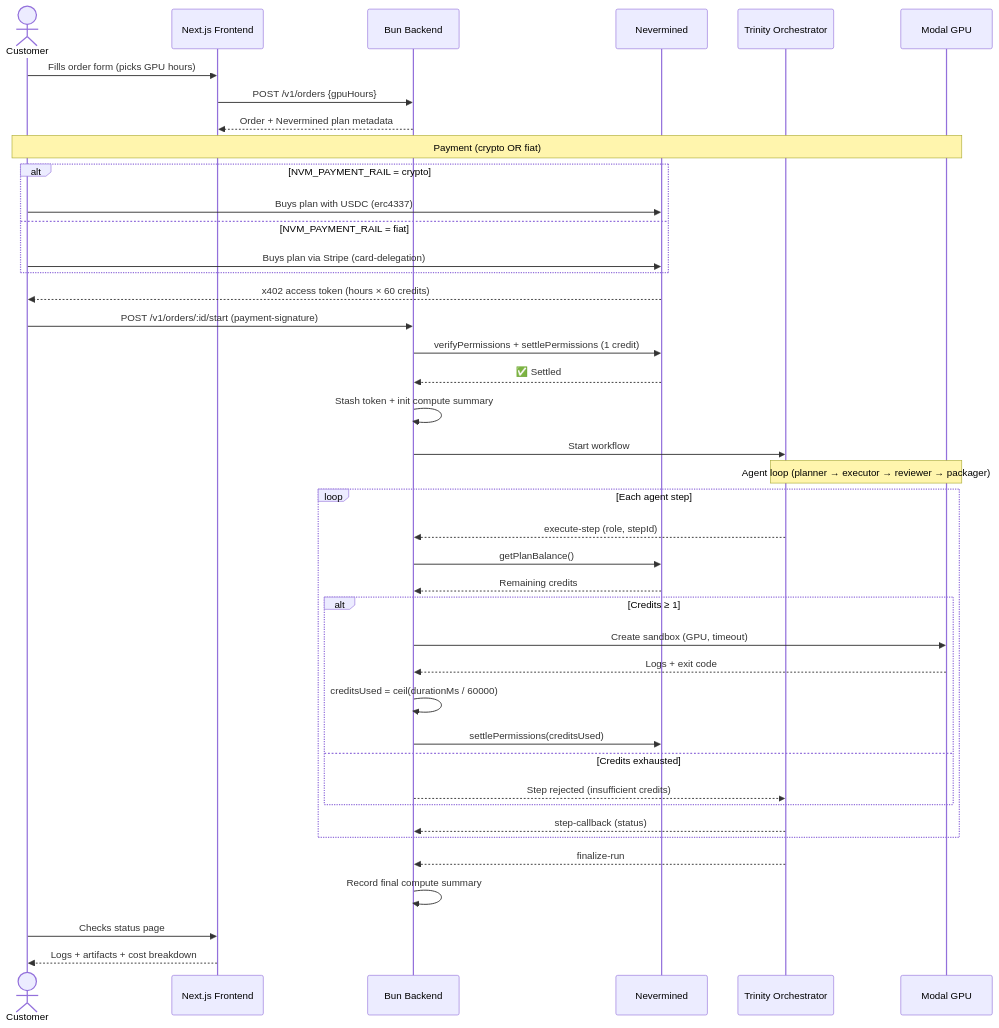
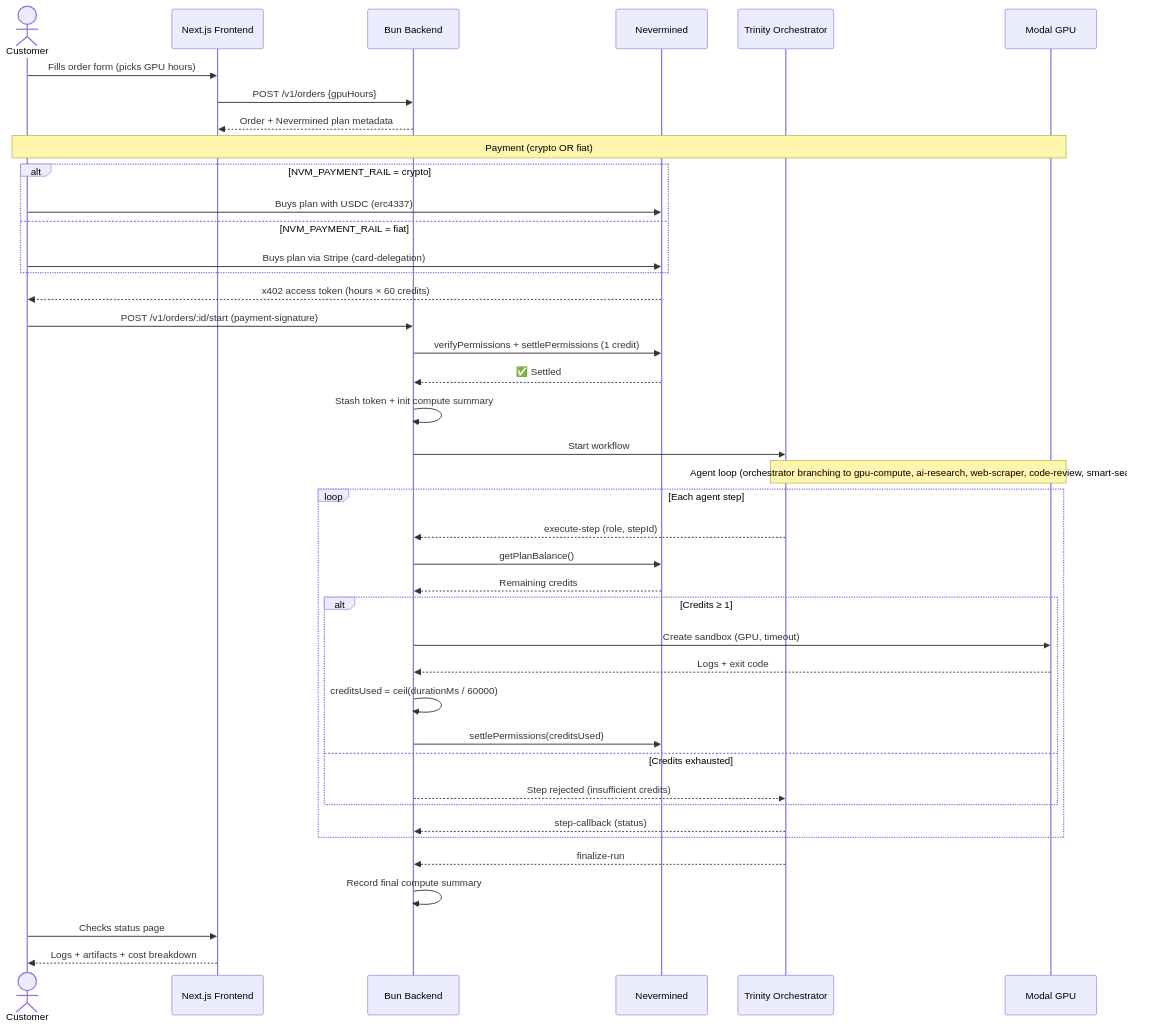
Before and after one commit to shlawgathon/CloudAGI: the third of 4 diagrams in README.md, drawn with Mermaid. The commit also changed other lines of this file and 14 other files, not shown here.

````diff
--- a/README.md
+++ b/README.md
@@ -147,49 +148,49 @@
 ```mermaid
 sequenceDiagram
     actor Customer
     participant Web as Next.js Frontend
     participant API as Bun Backend
     participant NVM as Nevermined
     participant Trinity as Trinity Orchestrator
     participant Modal as Modal GPU
 
     Customer->>Web: Fills order form (picks GPU hours)
     Web->>API: POST /v1/orders {gpuHours}
     API-->>Web: Order + Nevermined plan metadata
 
     Note over Customer, Modal: Payment (crypto OR fiat)
     alt NVM_PAYMENT_RAIL = crypto
         Customer->>NVM: Buys plan with USDC (erc4337)
     else NVM_PAYMENT_RAIL = fiat
         Customer->>NVM: Buys plan via Stripe (card-delegation)
     end
     NVM-->>Customer: x402 access token (hours × 60 credits)
 
     Customer->>API: POST /v1/orders/:id/start (payment-signature)
     API->>NVM: verifyPermissions + settlePermissions (1 credit)
     NVM-->>API: ✅ Settled
     API->>API: Stash token + init compute summary
     API->>Trinity: Start workflow
 
-    Note over Trinity, Modal: Agent loop (planner → executor → reviewer → packager)
+    Note over Trinity, Modal: Agent loop (orchestrator branching to gpu-compute, ai-research, web-scraper, code-review, smart-search)
     loop Each agent step
         Trinity-->>API: execute-step (role, stepId)
         API->>NVM: getPlanBalance()
         NVM-->>API: Remaining credits
         alt Credits ≥ 1
             API->>Modal: Create sandbox (GPU, timeout)
             Modal-->>API: Logs + exit code
             API->>API: creditsUsed = ceil(durationMs / 60000)
             API->>NVM: settlePermissions(creditsUsed)
         else Credits exhausted
             API-->>Trinity: Step rejected (insufficient credits)
         end
         Trinity-->>API: step-callback (status)
     end
 
     Trinity-->>API: finalize-run
     API->>API: Record final compute summary
 
     Customer->>Web: Checks status page
     Web-->>Customer: Logs + artifacts + cost breakdown
 ```
````
